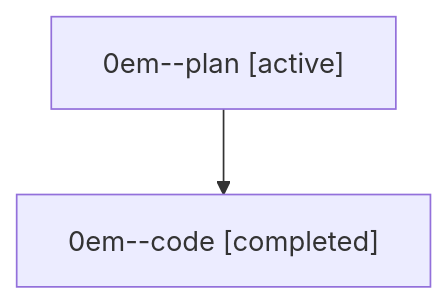
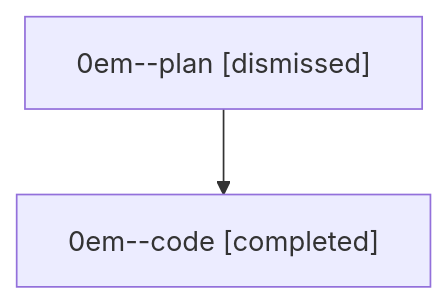
One commit to sase-org/sase--agents changed the diagram in sessions/bbugyi200.athena.0em.md. Above: the diagram before and after it, drawn with Mermaid. The commit also changed other lines of this file and 14 other files, not shown here.

````diff
--- a/sessions/bbugyi200.athena.0em.md
+++ b/sessions/bbugyi200.athena.0em.md
@@ -9,6 +9,6 @@
 ```mermaid
 flowchart TD
-  n0["0em--plan [active]"]
+  n0["0em--plan [dismissed]"]
   n1["0em--code [completed]"]
   n0 --> n1
 ```
````
